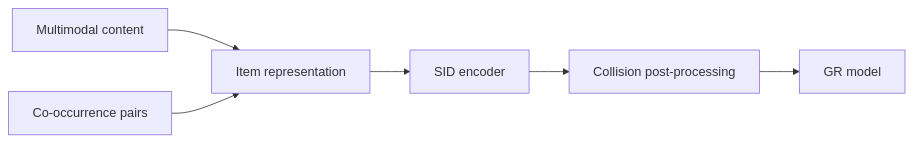
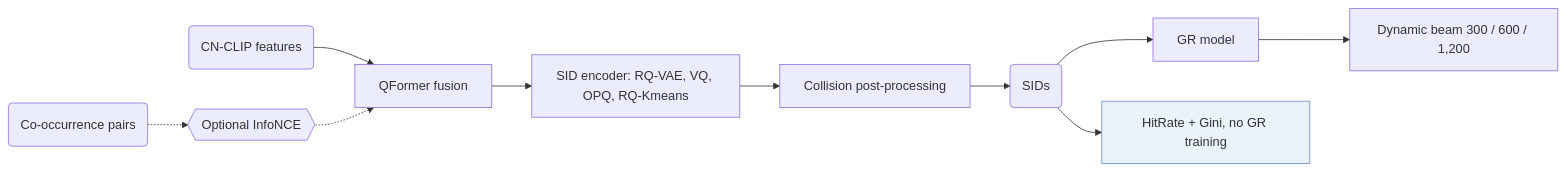
One commit to Galaxy-ghost/Awesome-SID-Generative-Rec changed the diagram in notes/forge.md. Above: the diagram before and after it, drawn with Mermaid. The commit also changed 521 other files, not shown here.

Commit message:
writer-04 part 3: algorithm diagrams with shared shape conventions, README hero and paper cards, archive removed

````diff
--- a/notes/forge.md
+++ b/notes/forge.md
@@ -13,8 +13,13 @@
 ```mermaid
 flowchart LR
-    A[Multimodal content] --> B[Item representation]
-    C[Co-occurrence pairs] --> B
-    B --> D[SID encoder]
-    D --> E[Collision post-processing]
-    E --> F[GR model]
+    A("CN-CLIP features") --> B["QFormer fusion"]
+    P("Co-occurrence pairs") -.-> L1{{"Optional InfoNCE"}}
+    L1 -.-> B
+    B --> C["SID encoder: RQ-VAE, VQ, OPQ, RQ-Kmeans"]
+    C --> D["Collision post-processing"]
+    D --> E("SIDs")
+    E --> F["GR model"]
+    F --> G["Dynamic beam 300 / 600 / 1,200"]
+    E --> Q["HitRate + Gini, no GR training"]:::key
+    classDef key fill:#eaf2fb,stroke:#6b8fc7
 ```
````
